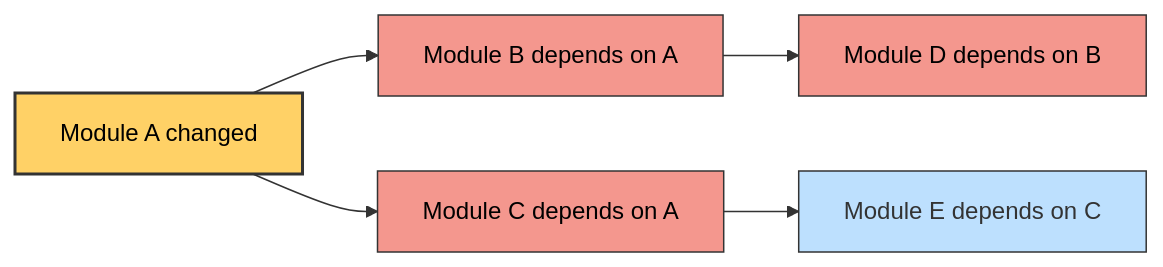
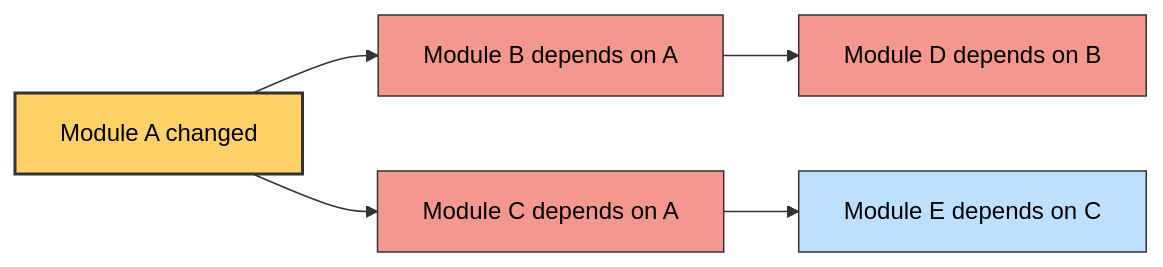
The third of 4 diagrams in README.md (JinTonikCZ/Build-process-visualization-for-Incremental-Compilation), drawn with Mermaid before and after one commit. The commit also changed other lines of this file, not shown here.

Commit message:
Fix formatting issue in README.md

````diff
--- a/README.md
+++ b/README.md
@@ -161,17 +161,17 @@
 ```mermaid
 flowchart LR
     A[Module A changed] --> B[Module B depends on A]
     A --> C[Module C depends on A]
     B --> D[Module D depends on B]
     C --> E[Module E depends on C]
 
     A:::changed
     B:::recompiled
     C:::recompiled
     D:::recompiled
     E:::skipped
 
     classDef changed fill:#ffd166,stroke:#333,stroke-width:2px,color:#000;
     classDef recompiled fill:#f4978e,stroke:#333,stroke-width:1px,color:#000;
-    classDef skipped fill:#bde0fe,stroke:#333,stroke-width:1px,color:#000;```
+    classDef skipped fill:#bde0fe,stroke:#333,stroke-width:1px,color:#000;
 ```
````
